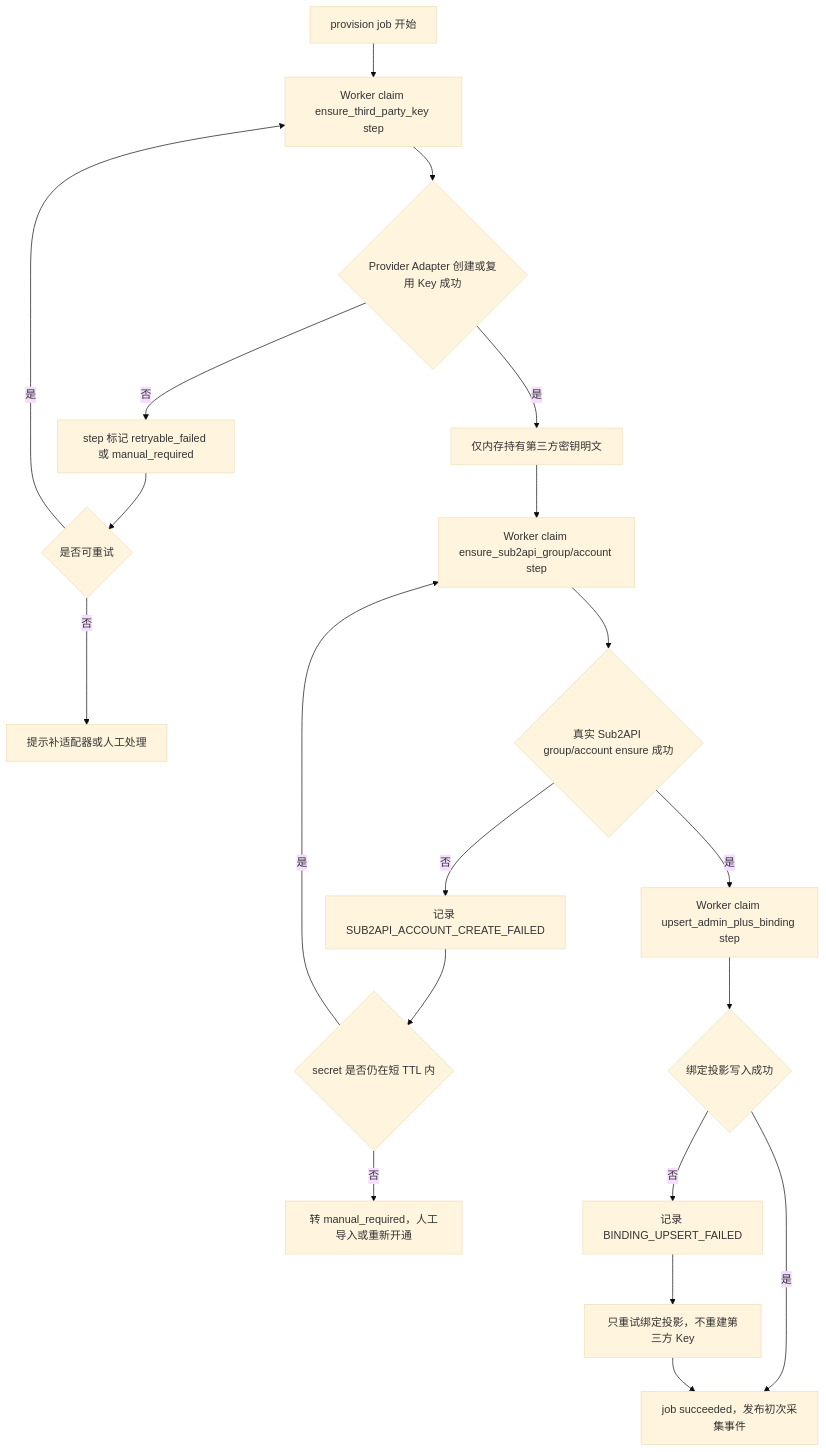
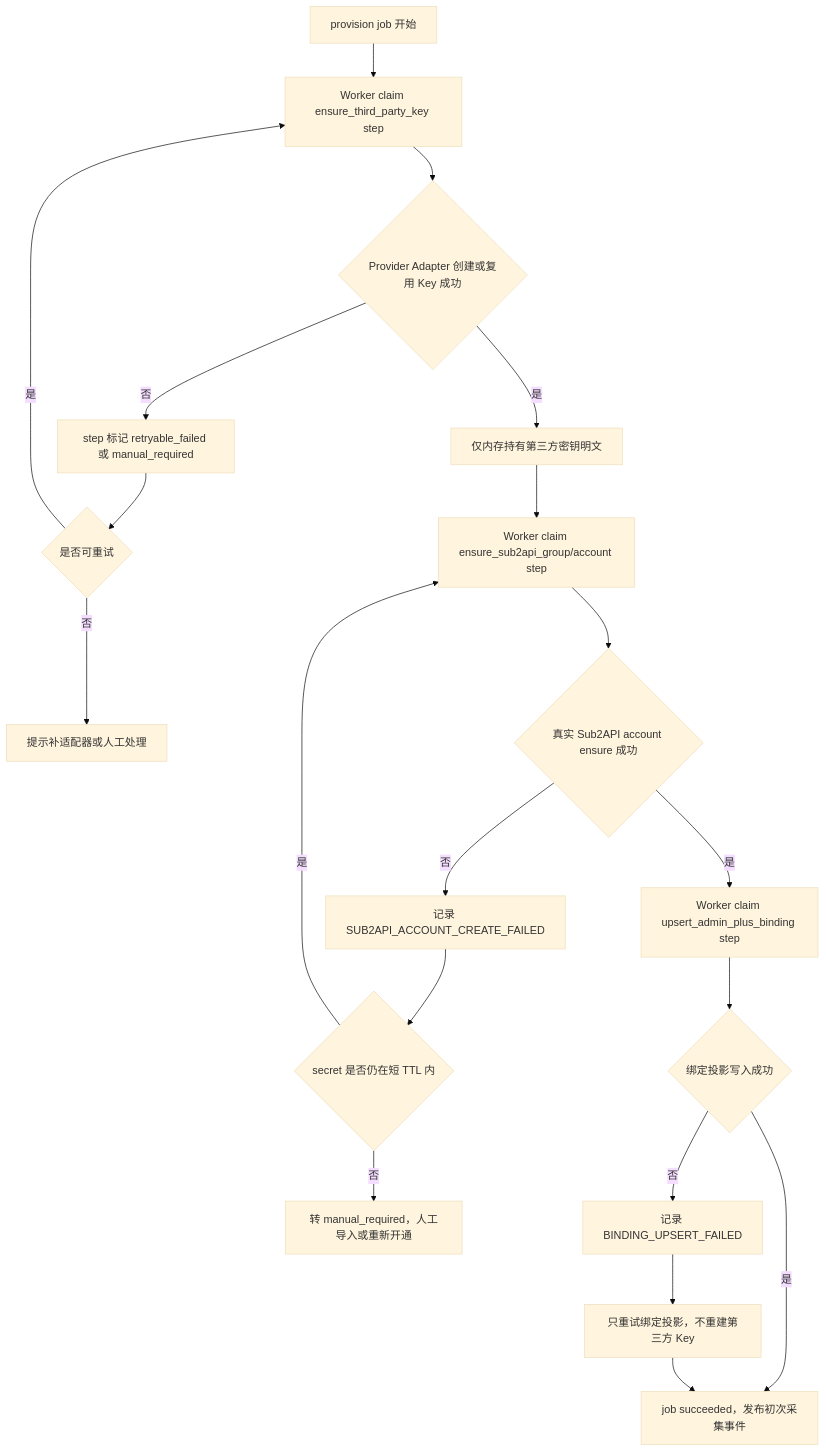
One commit to openrelayllm/superllm changed diagram 19 of 20 in docs/roadmap/accounts/README.md. Above: the diagram before and after it, drawn with Mermaid (base theme). The commit also changed other lines of this file and 19 other files, not shown here.

````diff
--- a/docs/roadmap/accounts/README.md
+++ b/docs/roadmap/accounts/README.md
@@ -699,22 +699,22 @@
 ```mermaid
 flowchart TD
   A[provision job 开始] --> B[Worker claim ensure_third_party_key step]
   B --> C{Provider Adapter 创建或复用 Key 成功}
   C -- 否 --> D[step 标记 retryable_failed 或 manual_required]
   D --> E{是否可重试}
   E -- 是 --> B
   E -- 否 --> E1[提示补适配器或人工处理]
   C -- 是 --> F[仅内存持有第三方密钥明文]
   F --> G[Worker claim ensure_sub2api_group/account step]
-  G --> H{真实 Sub2API group/account ensure 成功}
+  G --> H{真实 Sub2API account ensure 成功}
   H -- 否 --> J[记录 SUB2API_ACCOUNT_CREATE_FAILED]
   J --> K{secret 是否仍在短 TTL 内}
   K -- 是 --> G
   K -- 否 --> K1[转 manual_required，人工导入或重新开通]
   H -- 是 --> I[Worker claim upsert_admin_plus_binding step]
   I --> L{绑定投影写入成功}
   L -- 是 --> M[job succeeded，发布初次采集事件]
   L -- 否 --> N[记录 BINDING_UPSERT_FAILED]
   N --> O[只重试绑定投影，不重建第三方 Key]
   O --> M
 ```
````
